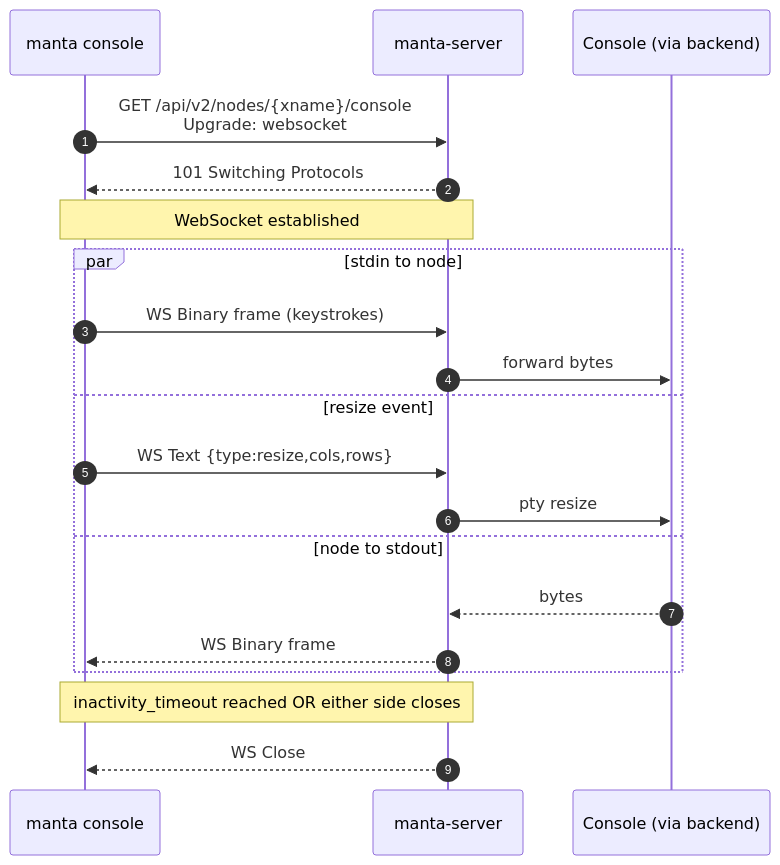
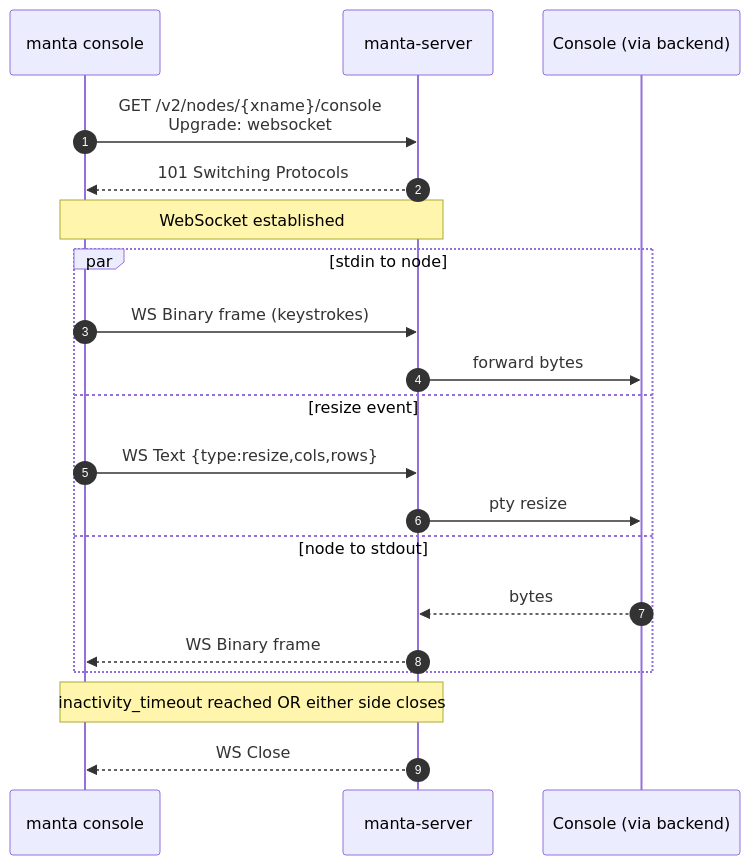
One commit to eth-cscs/manta changed the third of 4 diagrams in GUIDE.md. Above: the diagram before and after it, drawn with Mermaid. The commit also changed other lines of this file and 97 other files, not shown here.

````diff
--- a/GUIDE.md
+++ b/GUIDE.md
@@ -495,25 +495,25 @@
 ```mermaid
 sequenceDiagram
     autonumber
     participant CLI as manta console
     participant MS as manta-server
     participant Node as Console (via backend)
 
-    CLI->>MS: GET /api/v2/nodes/{xname}/console<br/>Upgrade: websocket
+    CLI->>MS: GET /v2/nodes/{xname}/console<br/>Upgrade: websocket
     MS-->>CLI: 101 Switching Protocols
     Note over CLI,MS: WebSocket established
 
     par stdin to node
         CLI->>MS: WS Binary frame (keystrokes)
         MS->>Node: forward bytes
     and resize event
         CLI->>MS: WS Text {type:resize,cols,rows}
         MS->>Node: pty resize
     and node to stdout
         Node-->>MS: bytes
         MS-->>CLI: WS Binary frame
     end
 
     Note over CLI,MS: inactivity_timeout reached OR either side closes
     MS-->>CLI: WS Close
 ```
````
